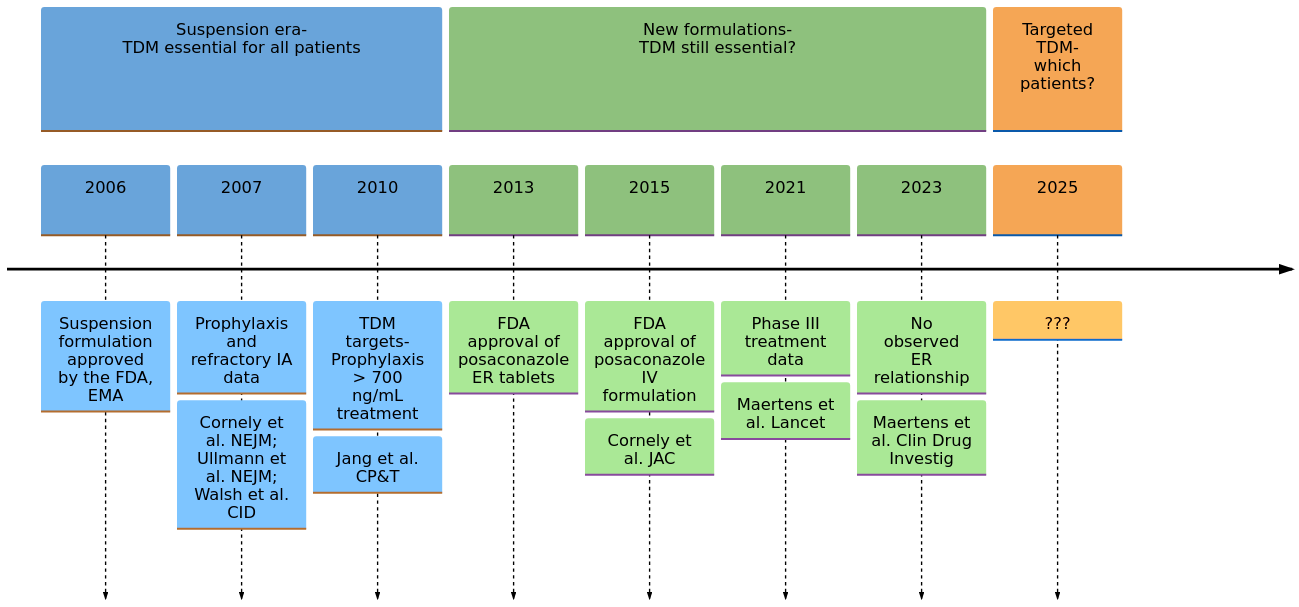
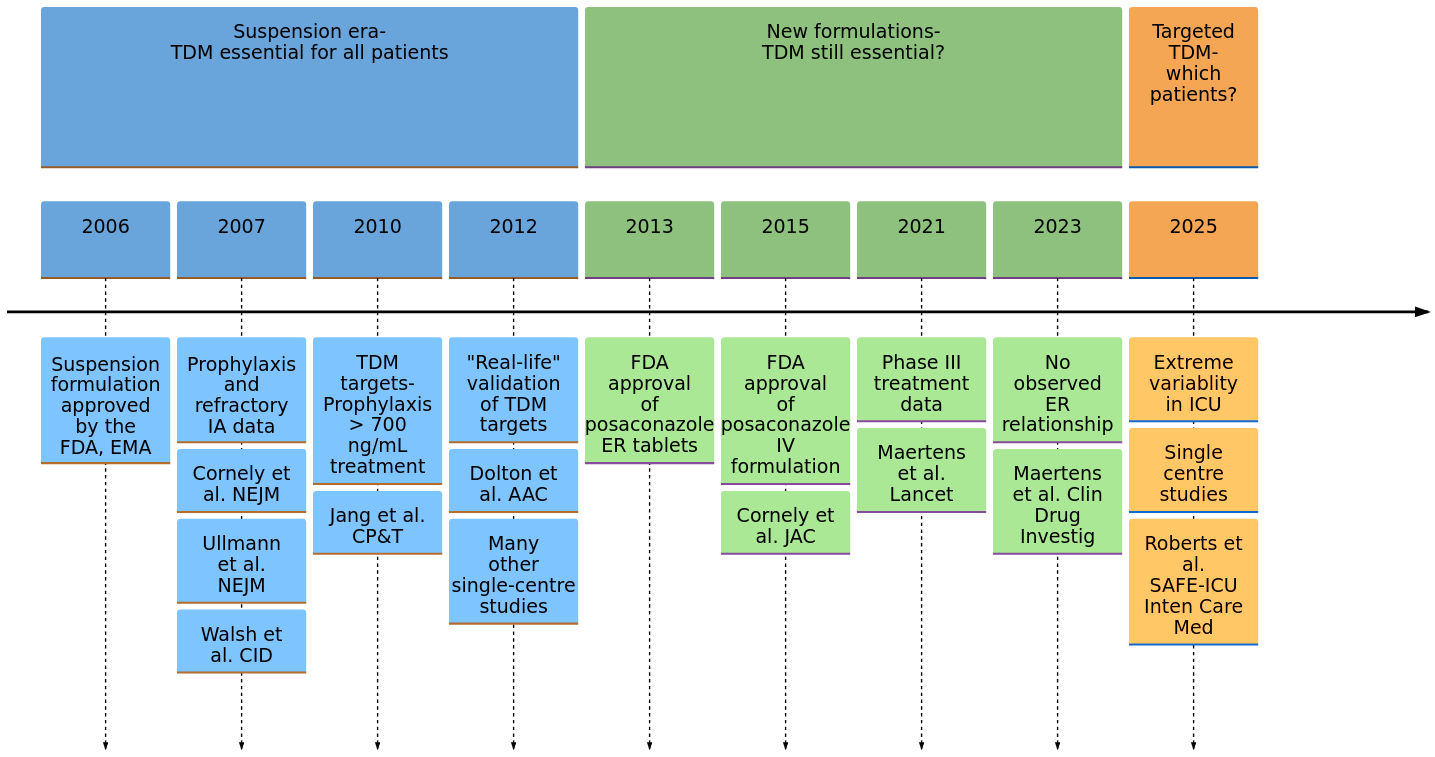
One commit to Russlewisbo/EPAG changed the diagram in Lecture1.qmd. Above: the diagram before and after it, drawn with Mermaid. The commit also changed other lines of this file and 6 other files, not shown here.

````diff
--- a/Lecture1.qmd
+++ b/Lecture1.qmd
@@ -51,31 +52,32 @@
 ```{mermaid}
 %%{init: {
     'theme': 'base',
     'themeVariables': {
       'fontFamily': "Arial, sans-serif",
-      'fontSize': '24px',
+      'fontSize': '28px',
       'primaryColor': '#cfe2f3',
       'primaryTextColor': '#000000',
       'primaryBorderColor': '##ffffff',
       'lineColor': '#000000',
       'secondaryColor': '#d9ead3',
       'tertiaryColor': '#fce5cd'
     }
   }
 }%%
 
 
 timeline
 section Suspension era- <br>TDM essential for all patients
   2006: Suspension formulation approved by the FDA, EMA
-  2007: Prophylaxis and refractory IA data: Cornely et al. NEJM; <br> Ullmann et al. NEJM; <br> Walsh et al. CID 
+  2007: Prophylaxis and refractory IA data: Cornely et al. NEJM: Ullmann et al. NEJM: Walsh et al. CID 
   2010: TDM targets- Prophylaxis > 700 ng/mL treatment: Jang et al. CP&T 
+  2012: "Real-life" validation of TDM targets: Dolton et al. AAC: Many other single-centre studies
 section New formulations- <br> TDM still essential?
   2013: FDA approval of posaconazole ER tablets 
   2015: FDA approval of posaconazole IV formulation: Cornely et al. JAC
   2021: Phase III treatment data: Maertens et al. Lancet 
   2023: No observed ER relationship: Maertens et al. Clin Drug Investig
 section Targeted TDM- <br> which patients?
-  2025: ???
+  2025: Extreme variablity in ICU : Single centre studies : Roberts et al. <br> SAFE-ICU <br> Inten Care Med
   
 ```
````
